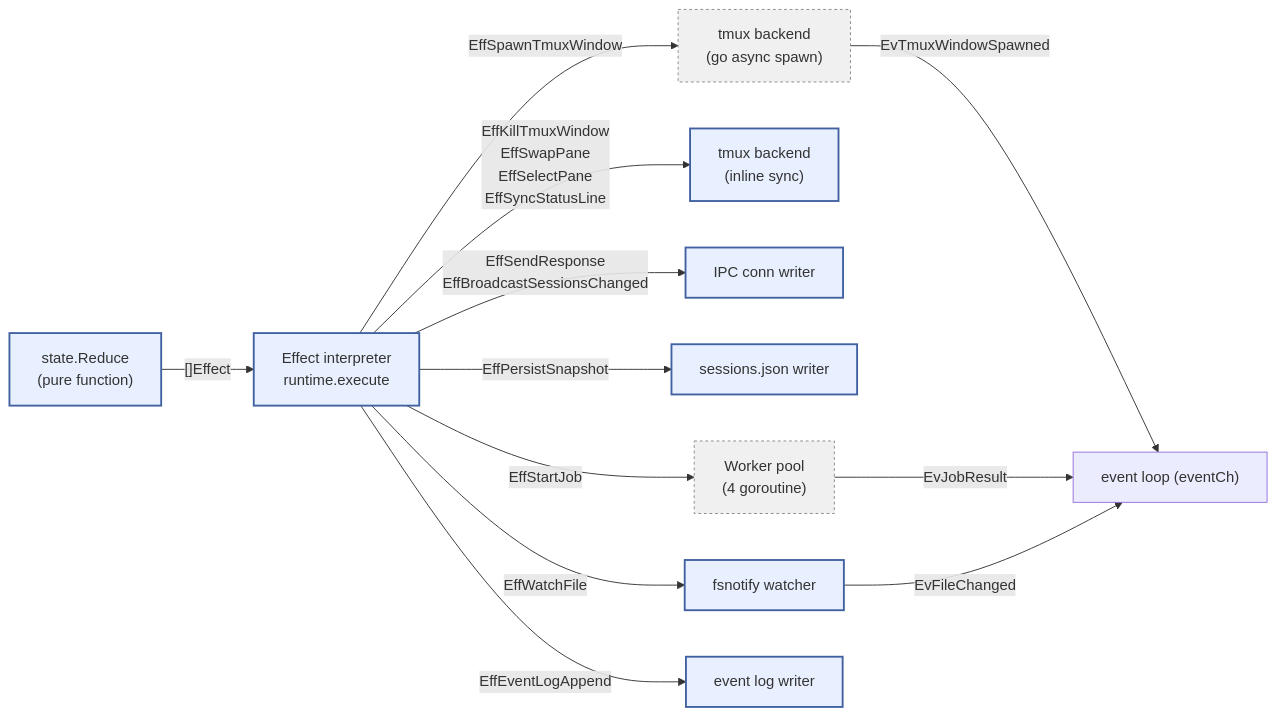
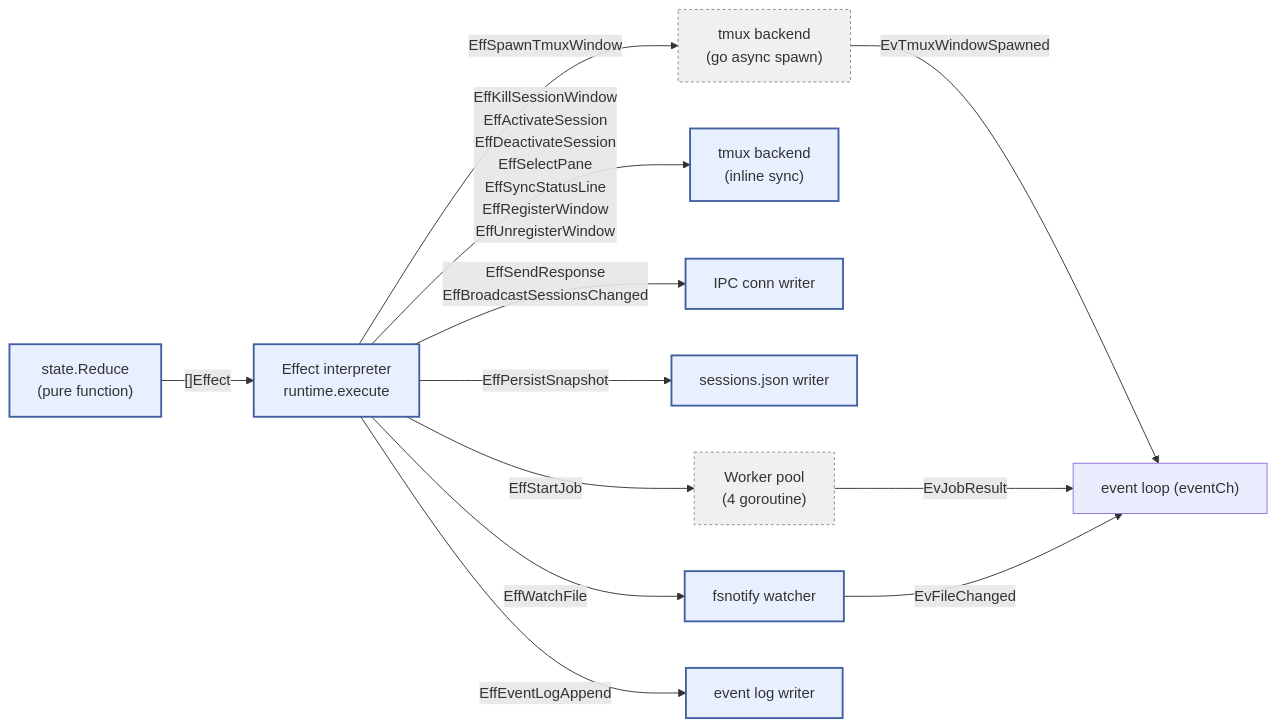
The third of 6 diagrams in docs/ipc.md (takezoh/agent-roost), drawn with Mermaid before and after one commit. The commit also changed other lines of this file and 4 other files, not shown here.

Commit message:
Update docs to reflect WindowID removal and window map architecture

````diff
--- a/docs/ipc.md
+++ b/docs/ipc.md
@@ -136,22 +136,22 @@
 ```mermaid
 flowchart LR
     classDef sync fill:#e8f0ff,stroke:#4060a0,stroke-width:2px
     classDef async fill:#f0f0f0,stroke:#888,stroke-dasharray:3 3
 
     Reduce["state.Reduce<br/>(pure function)"]:::sync
     Interp["Effect interpreter<br/>runtime.execute"]:::sync
 
     Reduce -->|"[]Effect"| Interp
 
     Interp -->|EffSpawnTmuxWindow| Tmux["tmux backend<br/>(go async spawn)"]:::async
-    Interp -->|EffKillTmuxWindow<br/>EffSwapPane<br/>EffSelectPane<br/>EffSyncStatusLine| TmuxSync["tmux backend<br/>(inline sync)"]:::sync
+    Interp -->|EffKillSessionWindow<br/>EffActivateSession<br/>EffDeactivateSession<br/>EffSelectPane<br/>EffSyncStatusLine<br/>EffRegisterWindow<br/>EffUnregisterWindow| TmuxSync["tmux backend<br/>(inline sync)"]:::sync
     Interp -->|EffSendResponse<br/>EffBroadcastSessionsChanged| IPC["IPC conn writer"]:::sync
     Interp -->|EffPersistSnapshot| Persist["sessions.json writer"]:::sync
     Interp -->|EffStartJob| Pool["Worker pool<br/>(4 goroutine)"]:::async
     Interp -->|EffWatchFile| Watcher["fsnotify watcher"]:::sync
     Interp -->|EffEventLogAppend| EventLog["event log writer"]:::sync
 
     Tmux -->|EvTmuxWindowSpawned| EL["event loop (eventCh)"]
     Pool -->|EvJobResult| EL
     Watcher -->|EvFileChanged| EL
 ```
````
